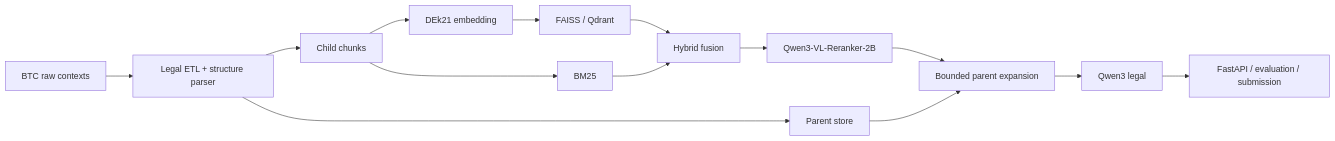
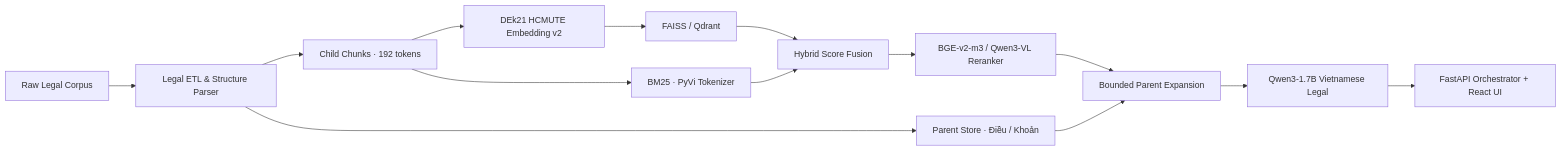
One commit to solvarhuynh/UIT-Data-Science-Challenge-2026 changed the diagram in README.md. Above: the diagram before and after it, drawn with Mermaid. The commit also changed other lines of this file, not shown here.

Commit message:
docs(readme): rewrite README with architecture, team roles, and usage guide

````diff
--- a/README.md
+++ b/README.md
@@ -44,16 +57,16 @@
 ```mermaid
 flowchart LR
-    RAW[BTC raw contexts] --> ETL[Legal ETL + structure parser]
-    ETL --> CHILD[Child chunks]
-    ETL --> PARENT[Parent store]
-    CHILD --> EMB[DEk21 embedding]
+    RAW[Raw Legal Corpus] --> ETL[Legal ETL & Structure Parser]
+    ETL --> CHILD[Child Chunks · 192 tokens]
+    ETL --> PARENT[Parent Store · Điều / Khoản]
+    CHILD --> EMB[DEk21 HCMUTE Embedding v2]
     EMB --> DENSE[FAISS / Qdrant]
-    CHILD --> BM25[BM25]
-    DENSE --> HYBRID[Hybrid fusion]
+    CHILD --> BM25[BM25 · PyVi Tokenizer]
+    DENSE --> HYBRID[Hybrid Score Fusion]
     BM25 --> HYBRID
-    HYBRID --> RERANK[Qwen3-VL-Reranker-2B]
-    RERANK --> EXPAND[Bounded parent expansion]
+    HYBRID --> RERANK[BGE-v2-m3 / Qwen3-VL Reranker]
+    RERANK --> EXPAND[Bounded Parent Expansion]
     PARENT --> EXPAND
-    EXPAND --> LLM[Qwen3 legal]
-    LLM --> API[FastAPI / evaluation / submission]
+    EXPAND --> LLM[Qwen3-1.7B Vietnamese Legal]
+    LLM --> API[FastAPI Orchestrator + React UI]
 ```
````
